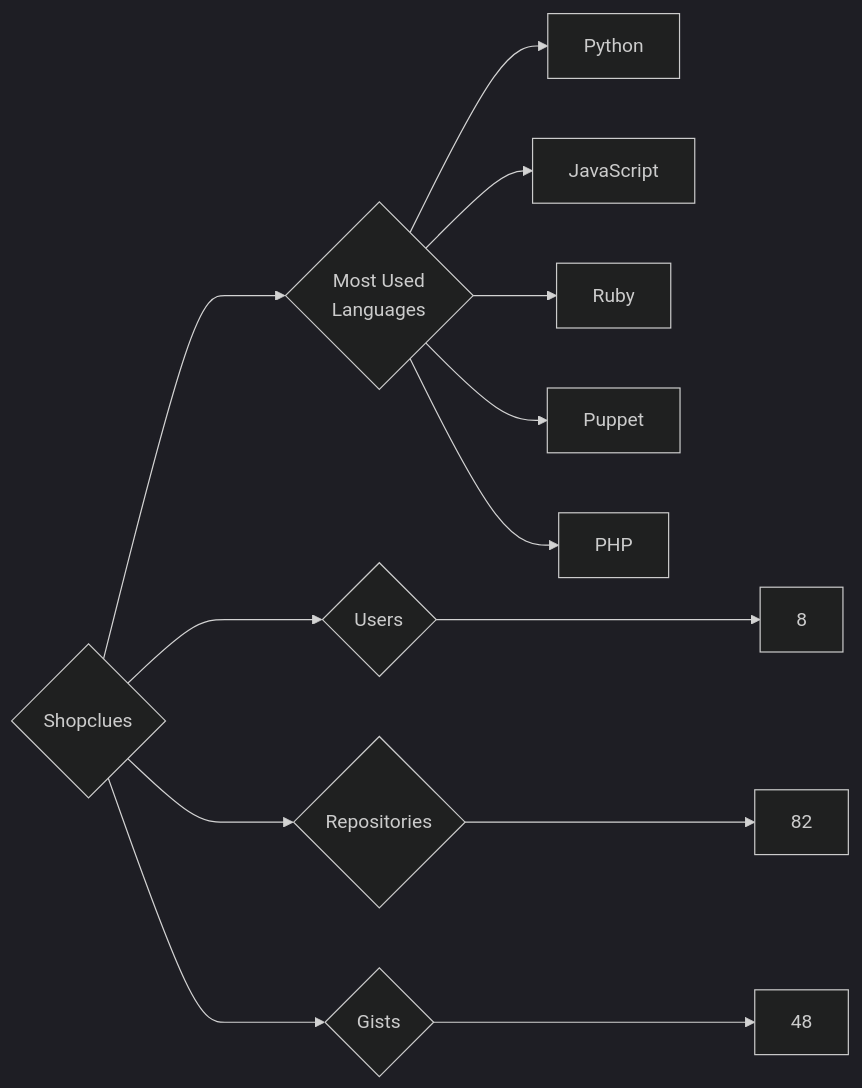
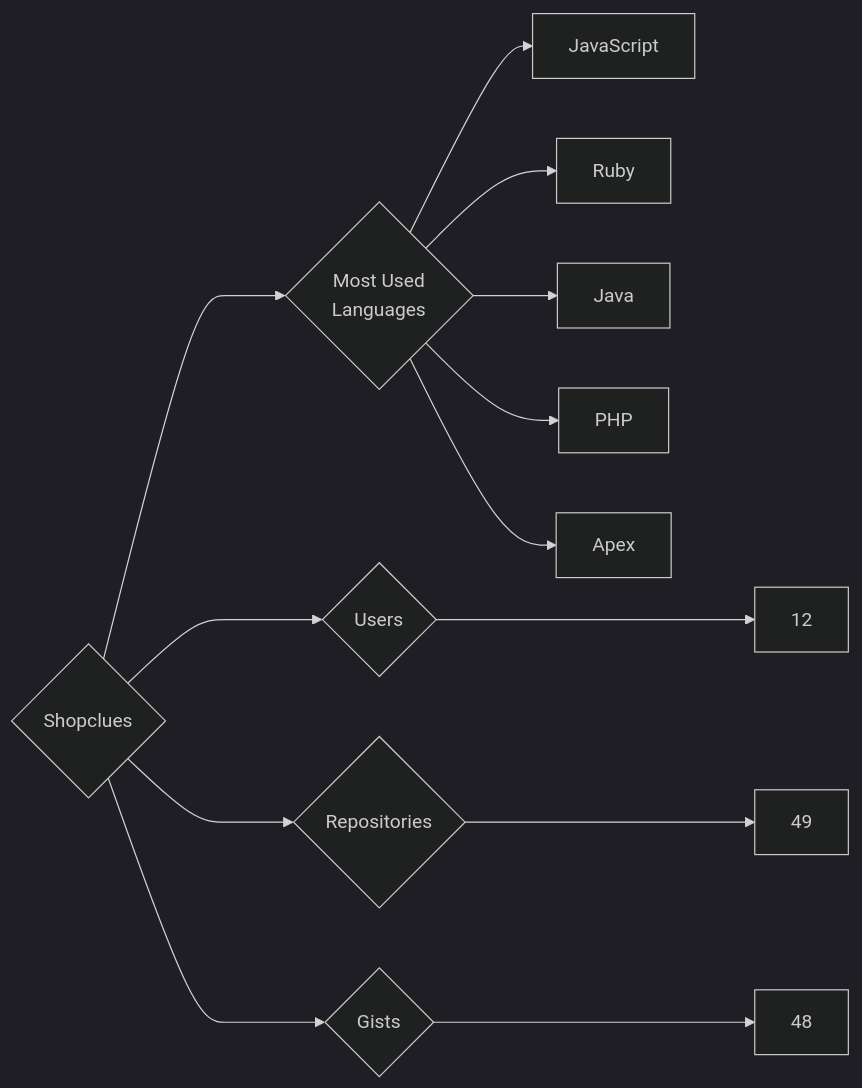
The diagram in targets/Shopclues/README.md (trickest/insiders), drawn with Mermaid (dark theme) before and after one commit. The commit also changed 681 other files, not shown here.

````diff
--- a/targets/Shopclues/README.md
+++ b/targets/Shopclues/README.md
@@ -3,13 +3,13 @@
 ```mermaid
 graph LR
 COMPANY_NAME{Shopclues}
-COMPANY_NAME ---> U{Users} ---> UN[8]
-COMPANY_NAME ---> R{Repositories} ---> RN[82]
+COMPANY_NAME ---> U{Users} ---> UN[12]
+COMPANY_NAME ---> R{Repositories} ---> RN[49]
 COMPANY_NAME ---> G{Gists} ---> GN[48]
 COMPANY_NAME ---> ML{Most Used<br>Languages}
-ML --> Python[Python]
 ML --> JavaScript[JavaScript]
 ML --> Ruby[Ruby]
-ML --> Puppet[Puppet]
+ML --> Java[Java]
 ML --> PHP[PHP]
+ML --> Apex[Apex]
 ```
````
